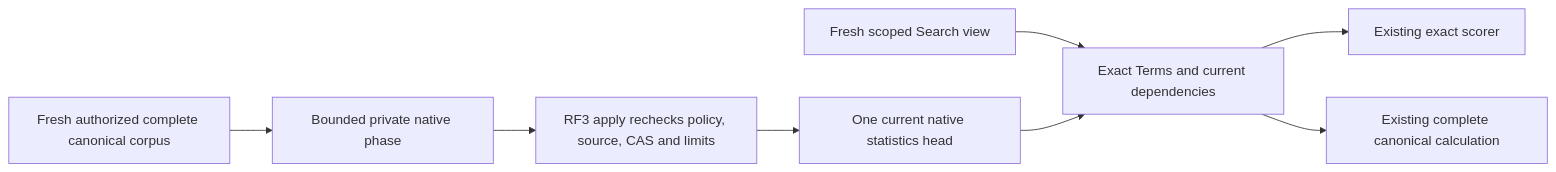
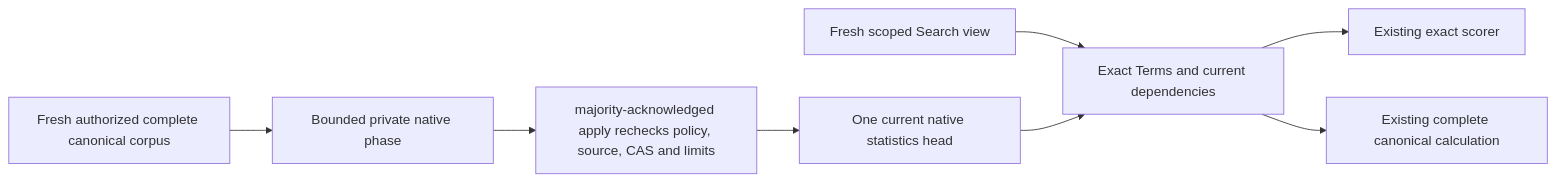
Before and after one commit to managedcode/KeyLoad: the first of 3 diagrams in docs/Features/Search/Bm25CorpusCurrent.md, drawn with Mermaid. The commit also changed other lines of this file and 7356 other files, not shown here.

````diff
--- a/docs/Features/Search/Bm25CorpusCurrent.md
+++ b/docs/Features/Search/Bm25CorpusCurrent.md
@@ -66,10 +66,10 @@
 ```mermaid
 flowchart LR
     Capture[Fresh authorized complete canonical corpus] --> Phase[Bounded private native phase]
-    Phase --> Apply[RF3 apply rechecks policy, source, CAS and limits]
+    Phase --> Apply[majority-acknowledged apply rechecks policy, source, CAS and limits]
     Apply --> Head[One current native statistics head]
     Read[Fresh scoped Search view] --> Validate[Exact Terms and current dependencies]
     Head --> Validate
     Validate --> Reuse[Existing exact scorer]
     Validate --> Canonical[Existing complete canonical calculation]
 ```
````
